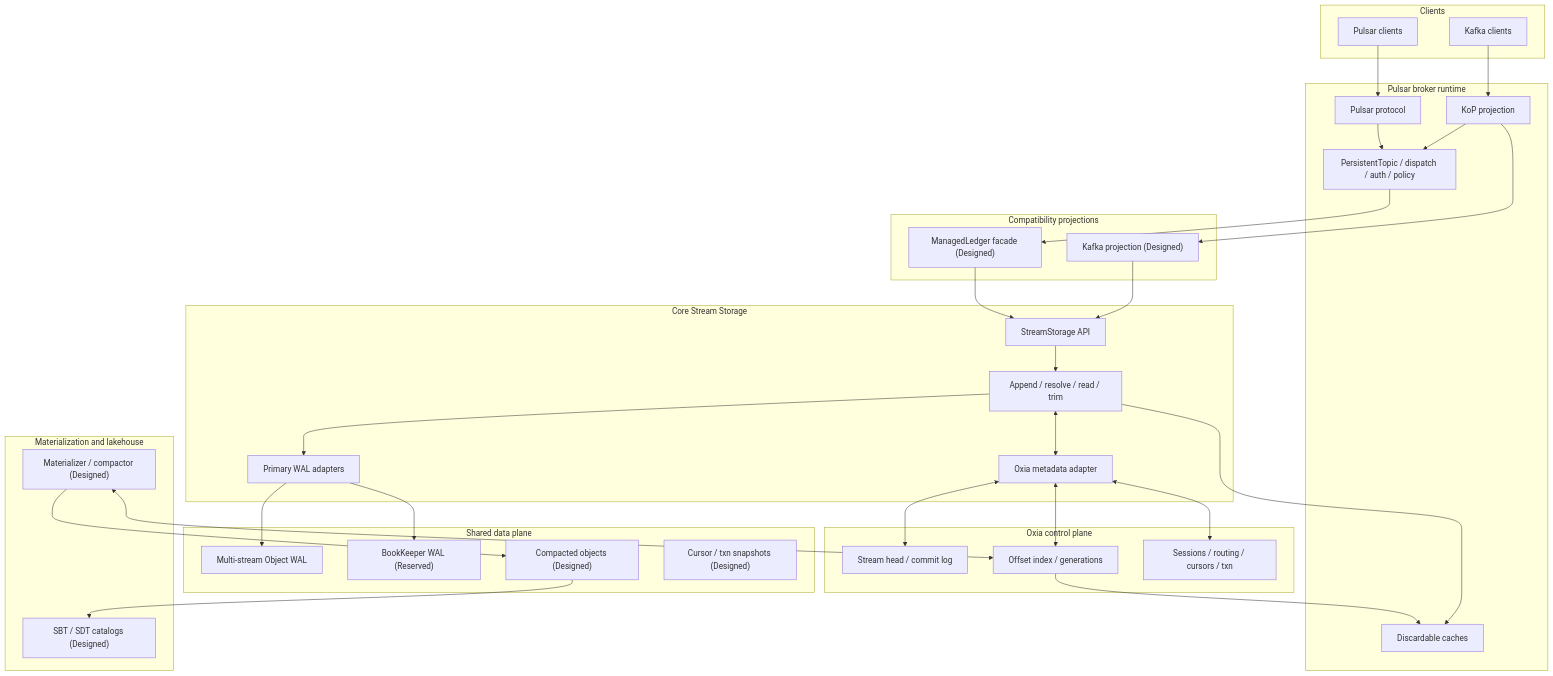
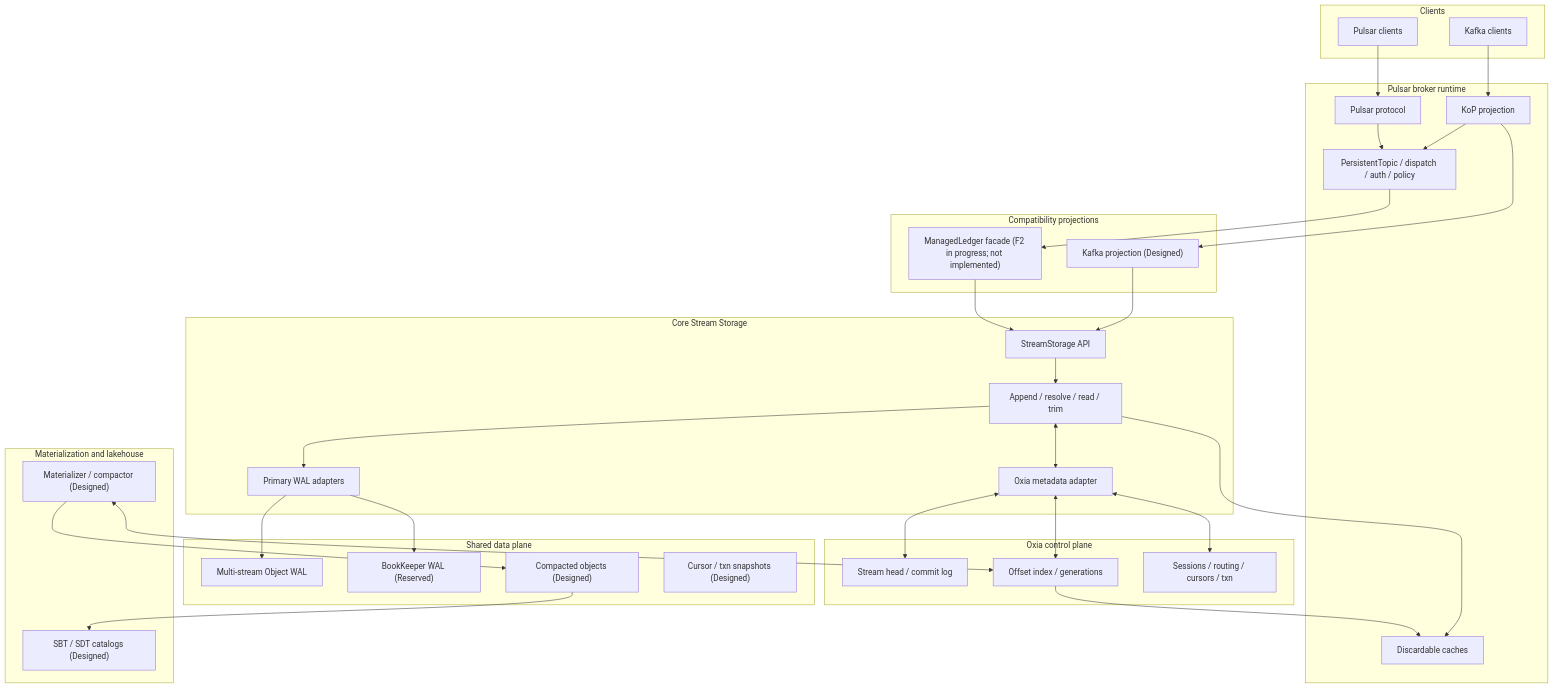
One commit to nereusstream/nereus changed the first of 2 diagrams in docs/design/nereus-overall-architecture.md. Above: the diagram before and after it, drawn with Mermaid. The commit also changed other lines of this file and 17 other files, not shown here.

Commit message:
docs(phase-2): expand managed ledger facade docs

````diff
--- a/docs/design/nereus-overall-architecture.md
+++ b/docs/design/nereus-overall-architecture.md
@@ -176,56 +189,56 @@
 ```mermaid
 flowchart TB
     subgraph Clients["Clients"]
         PC["Pulsar clients"]
         KC["Kafka clients"]
     end
     subgraph Broker["Pulsar broker runtime"]
         PP["Pulsar protocol"]
         KoP["KoP projection"]
         Runtime["PersistentTopic / dispatch / auth / policy"]
         Cache["Discardable caches"]
     end
     subgraph Adapters["Compatibility projections"]
-        MLF["ManagedLedger facade (Designed)"]
+        MLF["ManagedLedger facade (F2 in progress; not implemented)"]
         KAF["Kafka projection (Designed)"]
     end
     subgraph L0["Core Stream Storage"]
         API["StreamStorage API"]
         Core["Append / resolve / read / trim"]
         Meta["Oxia metadata adapter"]
         Wal["Primary WAL adapters"]
     end
     subgraph Data["Shared data plane"]
         OW["Multi-stream Object WAL"]
         BK["BookKeeper WAL (Reserved)"]
         CO["Compacted objects (Designed)"]
         Snap["Cursor / txn snapshots (Designed)"]
     end
     subgraph Control["Oxia control plane"]
         Head["Stream head / commit log"]
         Index["Offset index / generations"]
         Coord["Sessions / routing / cursors / txn"]
     end
     subgraph L3["Materialization and lakehouse"]
         Mat["Materializer / compactor (Designed)"]
         Cat["SBT / SDT catalogs (Designed)"]
     end
 
     PC --> PP --> Runtime
     KC --> KoP --> Runtime
     Runtime --> MLF --> API
     KoP --> KAF --> API
     API --> Core
     Core <--> Meta
     Core --> Wal
     Meta <--> Head
     Meta <--> Index
     Meta <--> Coord
     Wal --> OW
     Wal --> BK
     Index --> Cache
     Mat --> CO
     Mat <--> Index
     CO --> Cat
     Core --> Cache
 ```
````
